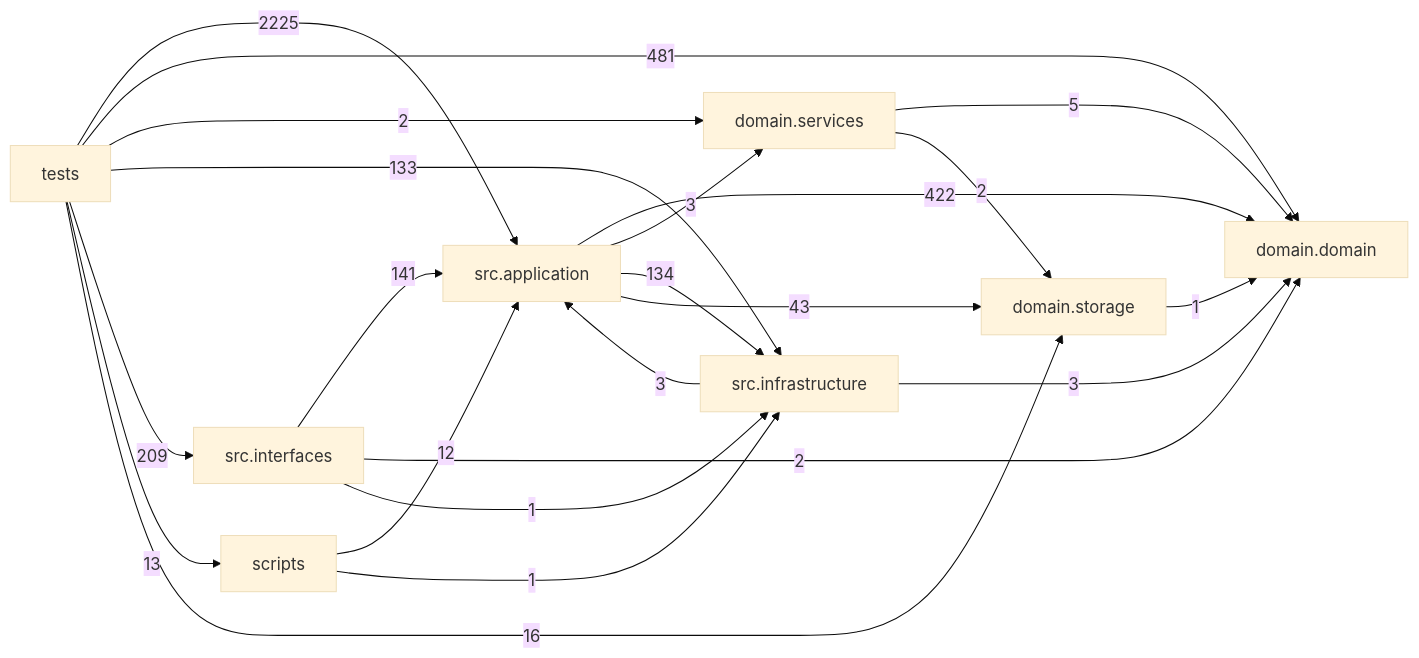
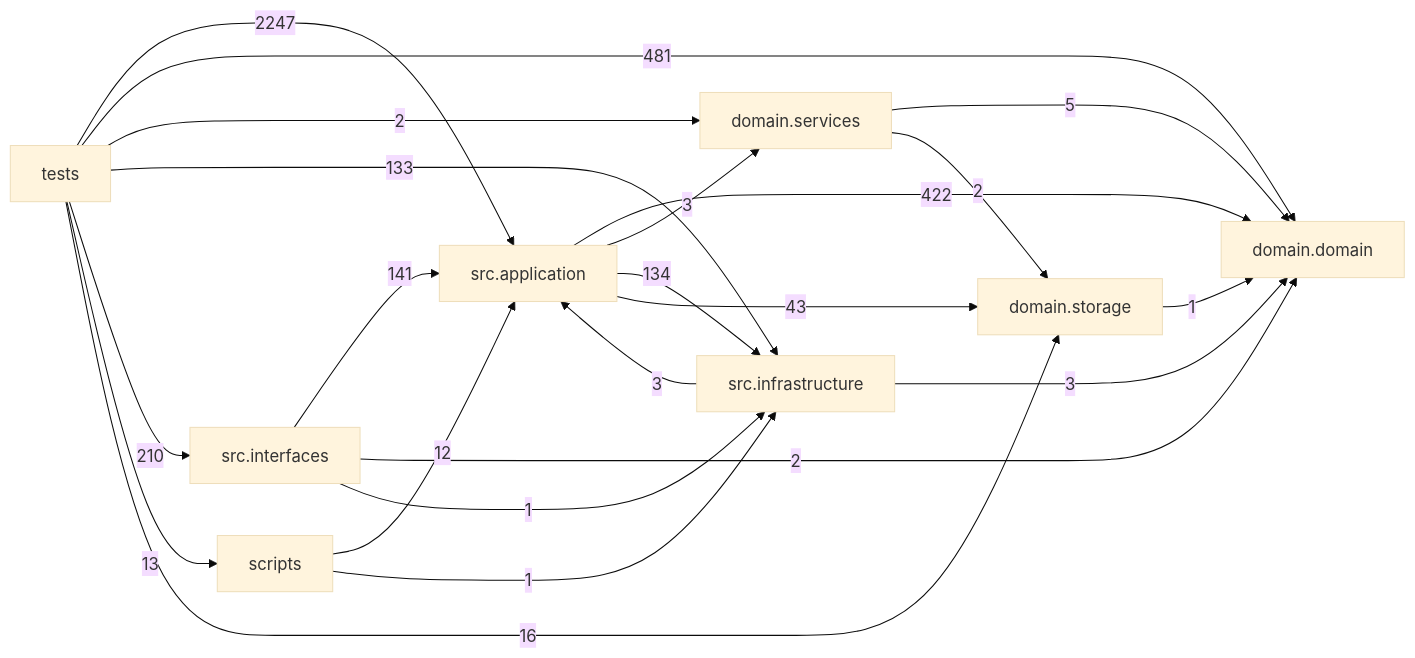
The diagram in docs/DEPENDENCY_GRAPH.md (liuxie066/options-monitor), drawn with Mermaid (base theme) before and after one commit. The commit also changed other lines of this file and 16 other files, not shown here.

````diff
--- a/docs/DEPENDENCY_GRAPH.md
+++ b/docs/DEPENDENCY_GRAPH.md
@@ -24,32 +24,32 @@
 ```mermaid
 flowchart LR
   tests["tests"]
   scripts["scripts"]
   interfaces["src.interfaces"]
   application["src.application"]
   infrastructure["src.infrastructure"]
   domain_services["domain.services"]
   domain["domain.domain"]
   storage["domain.storage"]
   application -->|422| domain
   application -->|3| domain_services
   application -->|134| infrastructure
   application -->|43| storage
   domain_services -->|5| domain
   domain_services -->|2| storage
   infrastructure -->|3| application
   infrastructure -->|3| domain
   interfaces -->|141| application
   interfaces -->|2| domain
   interfaces -->|1| infrastructure
   scripts -->|12| application
   scripts -->|1| infrastructure
   storage -->|1| domain
-  tests -->|2225| application
+  tests -->|2247| application
   tests -->|481| domain
   tests -->|2| domain_services
   tests -->|133| infrastructure
-  tests -->|209| interfaces
+  tests -->|210| interfaces
   tests -->|13| scripts
   tests -->|16| storage
 ```
````
